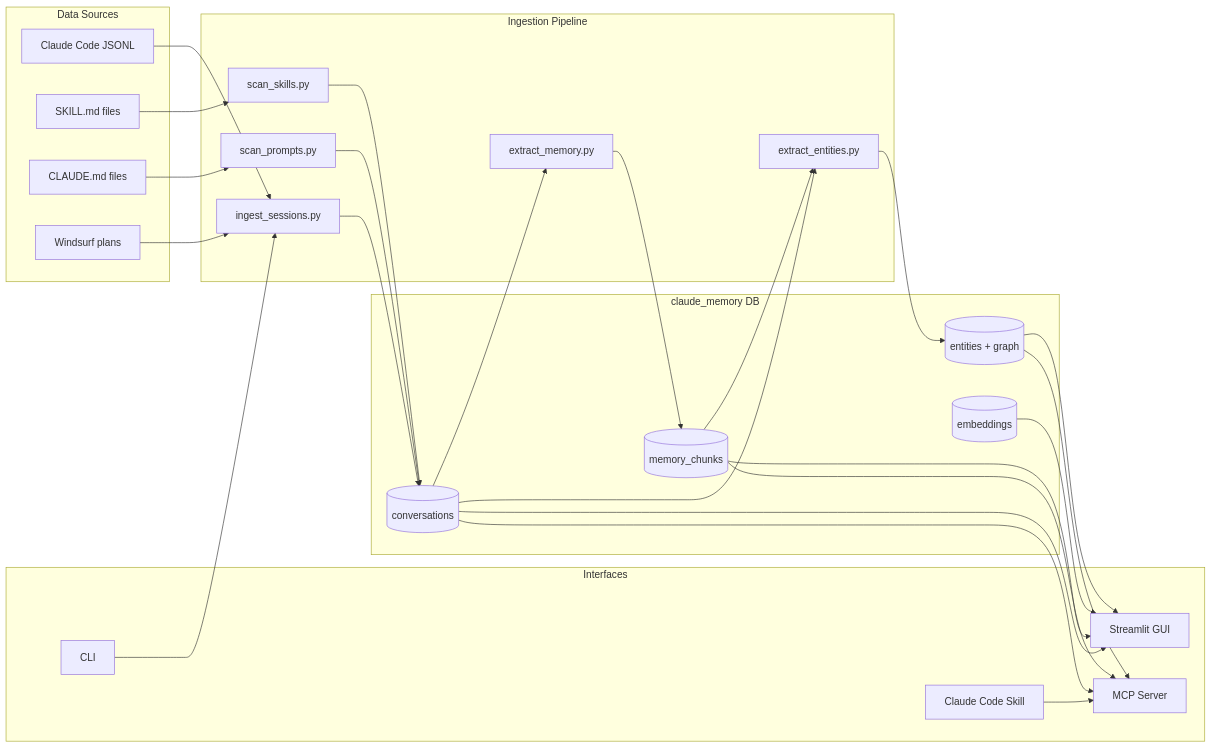
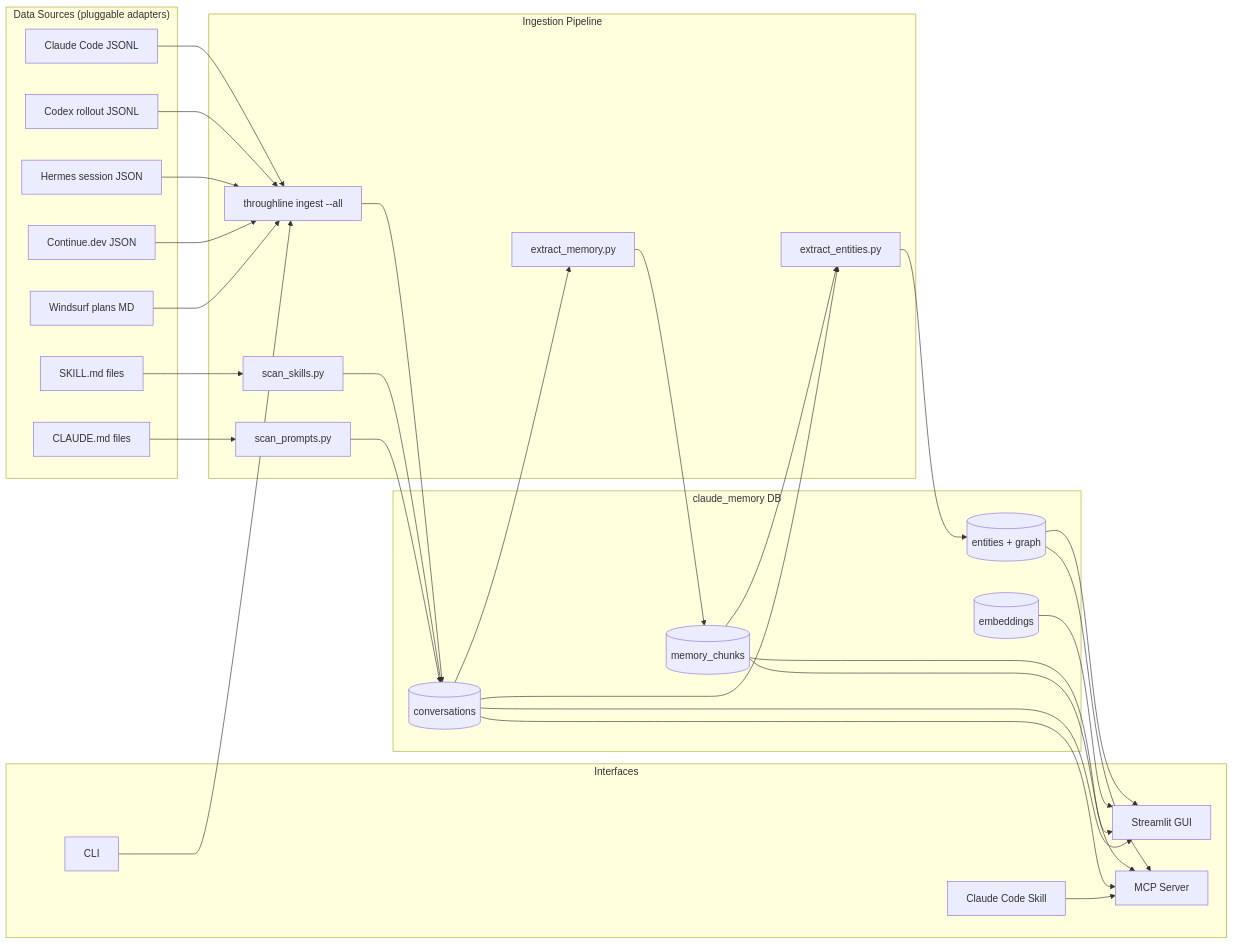
One commit to mkupermann/throughline changed the second of 3 diagrams in README.md. Above: the diagram before and after it, drawn with Mermaid. The commit also changed other lines of this file, not shown here.

````diff
--- a/README.md
+++ b/README.md
@@ -482,48 +495,54 @@
 ```mermaid
 flowchart LR
-    subgraph sources["Data Sources"]
+    subgraph sources["Data Sources (pluggable adapters)"]
         S1[Claude Code JSONL]
+        S1b[Codex rollout JSONL]
+        S1c[Hermes session JSON]
+        S1d[Continue.dev JSON]
+        S4[Windsurf plans MD]
         S2[SKILL.md files]
         S3[CLAUDE.md files]
-        S4[Windsurf plans]
     end
     subgraph pipeline["Ingestion Pipeline"]
-        I1[ingest_sessions.py]
+        I1[throughline ingest --all]
         I2[scan_skills.py]
         I3[scan_prompts.py]
         I4[extract_memory.py]
         I5[extract_entities.py]
     end
     subgraph db["claude_memory DB"]
         T1[(conversations)]
         T2[(memory_chunks)]
         T3[(entities + graph)]
         T4[(embeddings)]
     end
     subgraph interfaces["Interfaces"]
         U1[Streamlit GUI]
         U2[MCP Server]
         U3[Claude Code Skill]
         U4[CLI]
     end
 
     S1 --> I1 --> T1
+    S1b --> I1
+    S1c --> I1
+    S1d --> I1
+    S4 --> I1
     S2 --> I2 --> T1
     S3 --> I3 --> T1
-    S4 --> I1
     T1 --> I4 --> T2
     T1 --> I5 --> T3
     T2 --> I5
 
     T1 --> U1
     T2 --> U1
     T3 --> U1
     T4 --> U1
 
     T1 --> U2
     T2 --> U2
     T3 --> U2
 
     U3 --> U2
     U4 --> I1
 ```
````
